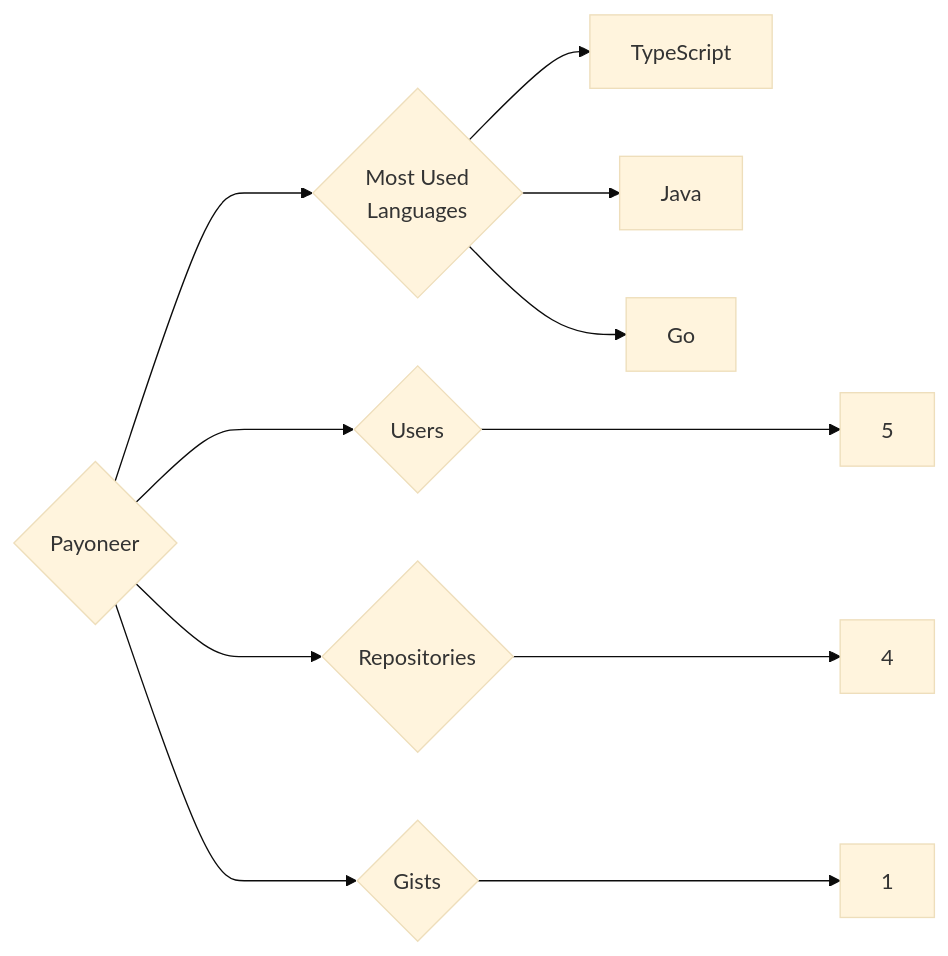
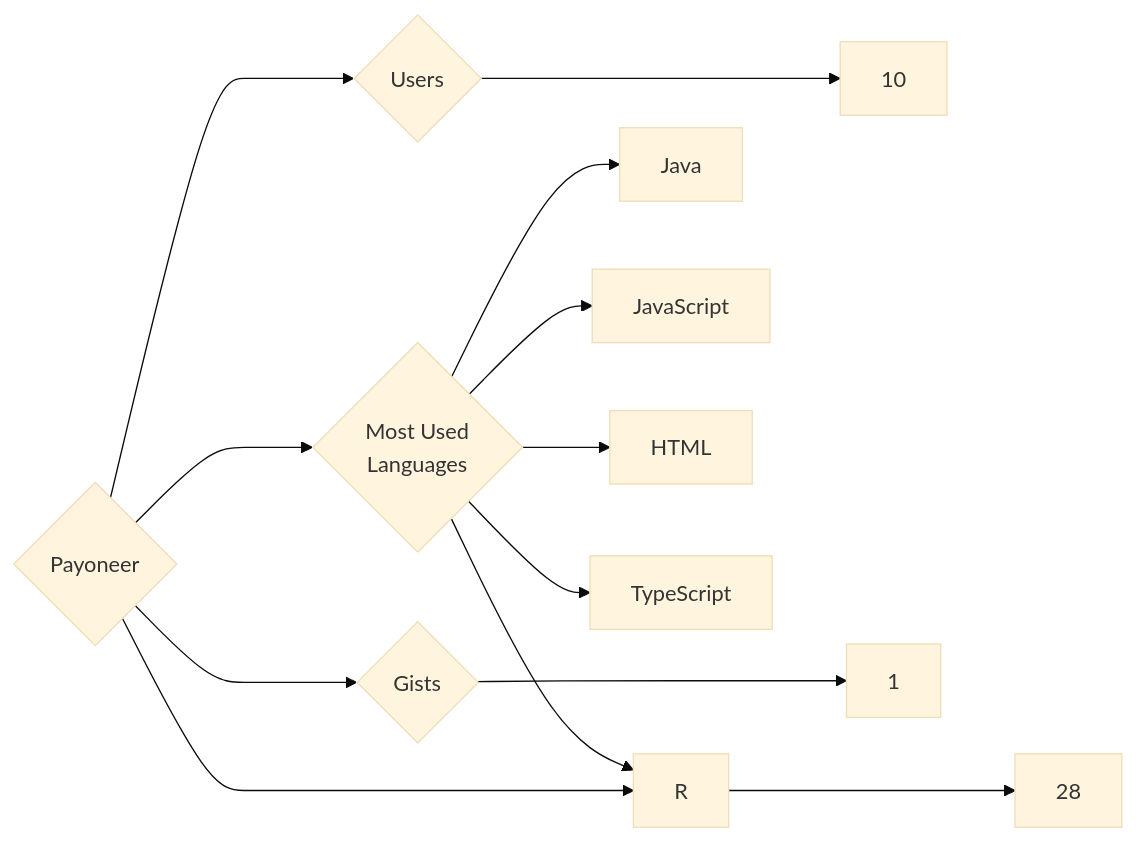
Before and after one commit to trickest/insiders: the diagram in targets/Payoneer/README.md, drawn with Mermaid (base theme). The commit also changed 1479 other files, not shown here.

````diff
--- a/targets/Payoneer/README.md
+++ b/targets/Payoneer/README.md
@@ -3,11 +3,13 @@
 ```mermaid
 graph LR
 COMPANY_NAME{Payoneer}
-COMPANY_NAME ---> U{Users} ---> UN[5]
-COMPANY_NAME ---> R{Repositories} ---> RN[4]
+COMPANY_NAME ---> U{Users} ---> UN[10]
+COMPANY_NAME ---> R{Repositories} ---> RN[28]
 COMPANY_NAME ---> G{Gists} ---> GN[1]
 COMPANY_NAME ---> ML{Most Used<br>Languages}
+ML --> Java[Java]
+ML --> JavaScript[JavaScript]
+ML --> HTML[HTML]
+ML --> R[R]
 ML --> TypeScript[TypeScript]
-ML --> Java[Java]
-ML --> Go[Go]
 ```
````
